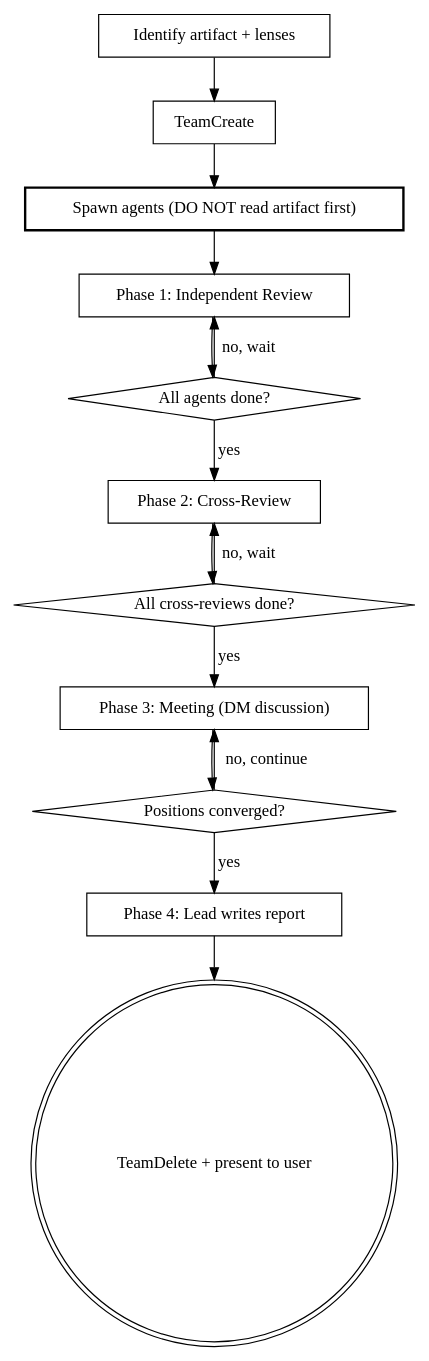
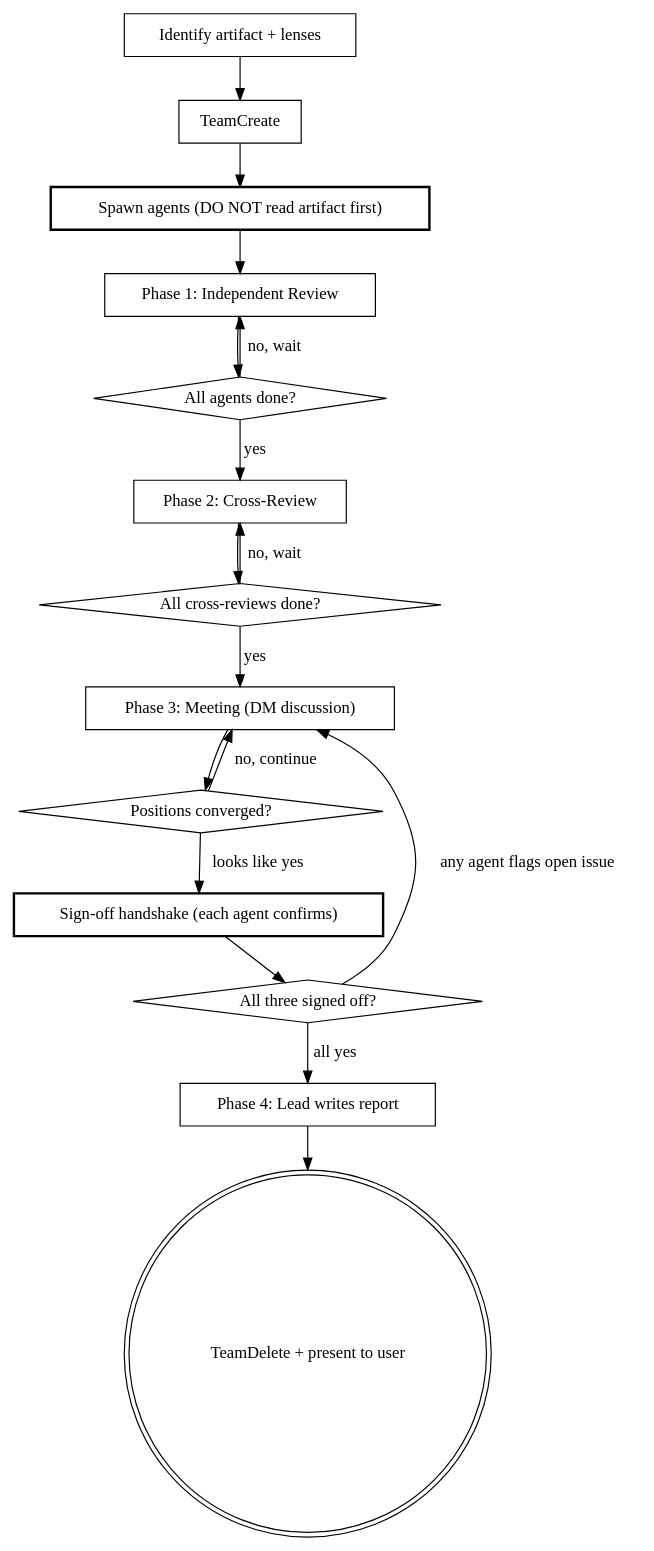
Before and after one commit to snits/claude-files: the diagram in skills/design-meeting/SKILL.md, drawn with Graphviz. The commit also changed other lines of this file and 16 other files, not shown here.

````diff
--- a/skills/design-meeting/SKILL.md
+++ b/skills/design-meeting/SKILL.md
@@ -22,29 +22,34 @@
 ```dot
 digraph design_meeting {
     "Identify artifact + lenses" [shape=box];
     "TeamCreate" [shape=box];
     "Spawn agents (DO NOT read artifact first)" [shape=box, style=bold];
     "Phase 1: Independent Review" [shape=box];
     "All agents done?" [shape=diamond];
     "Phase 2: Cross-Review" [shape=box];
     "All cross-reviews done?" [shape=diamond];
     "Phase 3: Meeting (DM discussion)" [shape=box];
     "Positions converged?" [shape=diamond];
+    "Sign-off handshake (each agent confirms)" [shape=box, style=bold];
+    "All three signed off?" [shape=diamond];
     "Phase 4: Lead writes report" [shape=box];
     "TeamDelete + present to user" [shape=doublecircle];
 
     "Identify artifact + lenses" -> "TeamCreate";
     "TeamCreate" -> "Spawn agents (DO NOT read artifact first)";
     "Spawn agents (DO NOT read artifact first)" -> "Phase 1: Independent Review";
     "Phase 1: Independent Review" -> "All agents done?";
     "All agents done?" -> "Phase 1: Independent Review" [label="no, wait"];
     "All agents done?" -> "Phase 2: Cross-Review" [label="yes"];
     "Phase 2: Cross-Review" -> "All cross-reviews done?";
     "All cross-reviews done?" -> "Phase 2: Cross-Review" [label="no, wait"];
     "All cross-reviews done?" -> "Phase 3: Meeting (DM discussion)" [label="yes"];
     "Phase 3: Meeting (DM discussion)" -> "Positions converged?";
     "Positions converged?" -> "Phase 3: Meeting (DM discussion)" [label="no, continue"];
-    "Positions converged?" -> "Phase 4: Lead writes report" [label="yes"];
+    "Positions converged?" -> "Sign-off handshake (each agent confirms)" [label="looks like yes"];
+    "Sign-off handshake (each agent confirms)" -> "All three signed off?";
+    "All three signed off?" -> "Phase 3: Meeting (DM discussion)" [label="any agent flags open issue"];
+    "All three signed off?" -> "Phase 4: Lead writes report" [label="all yes"];
     "Phase 4: Lead writes report" -> "TeamDelete + present to user";
 }
 ```
````
